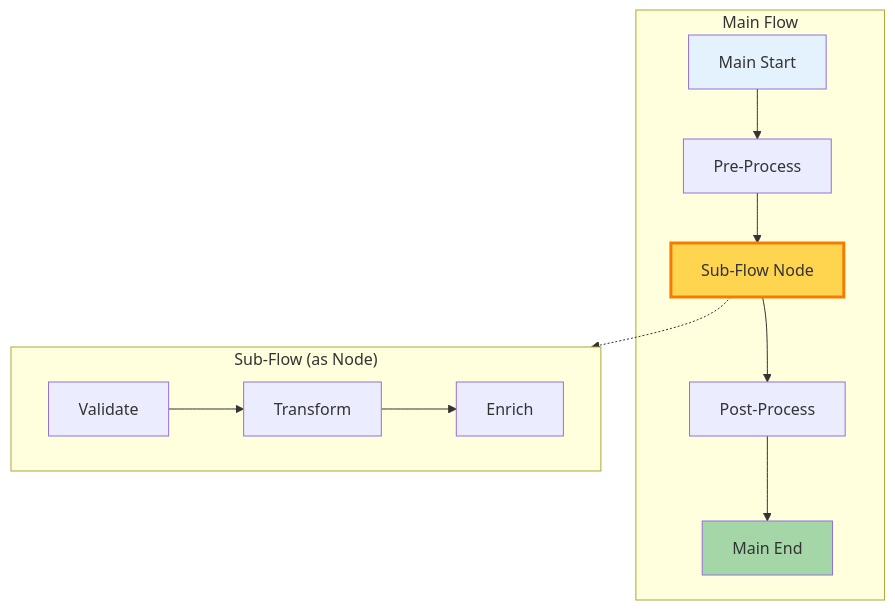
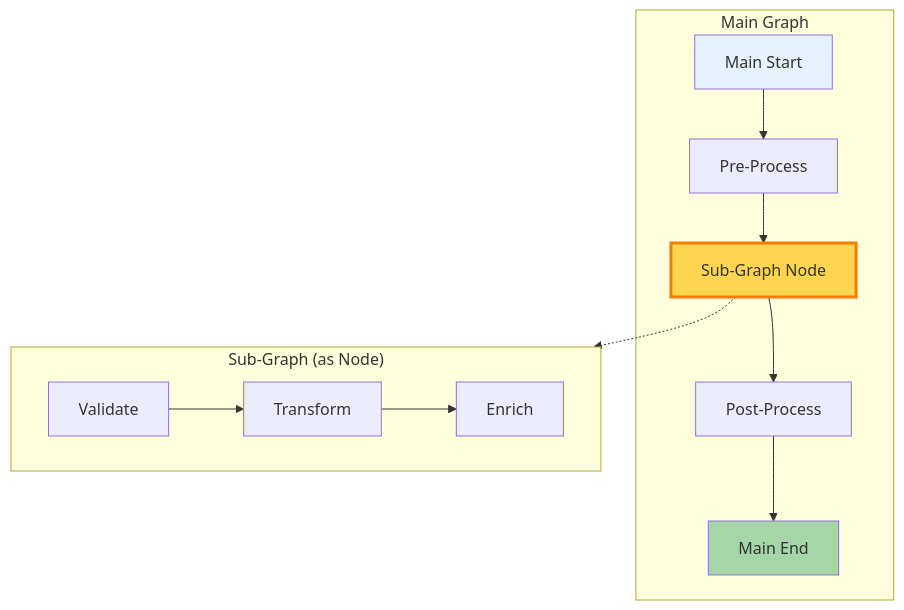
The ninth of 10 diagrams in README.md (agentstation/pocket), drawn with Mermaid before and after one commit. The commit also changed other lines of this file and 36 other files, not shown here.

First line of the commit message:
refactor: rename Flow to Graph throughout codebase

````diff
--- a/README.md
+++ b/README.md
@@ -842,21 +842,21 @@
 ```mermaid
 graph TB
-    subgraph "Main Flow"
+    subgraph "Main Graph"
         M1[Main Start] --> M2[Pre-Process]
-        M2 --> SF[Sub-Flow Node]
+        M2 --> SF[Sub-Graph Node]
         SF --> M3[Post-Process]
         M3 --> M4[Main End]
     end
     
-    subgraph "Sub-Flow (as Node)"
+    subgraph "Sub-Graph (as Node)"
         direction LR
         S1[Validate] --> S2[Transform]
         S2 --> S3[Enrich]
     end
     
     SF -.-> S1
     
     style SF fill:#ffd54f,stroke:#f57c00,stroke-width:3px
     style M1 fill:#e3f2fd
     style M4 fill:#a5d6a7
 ```
````
